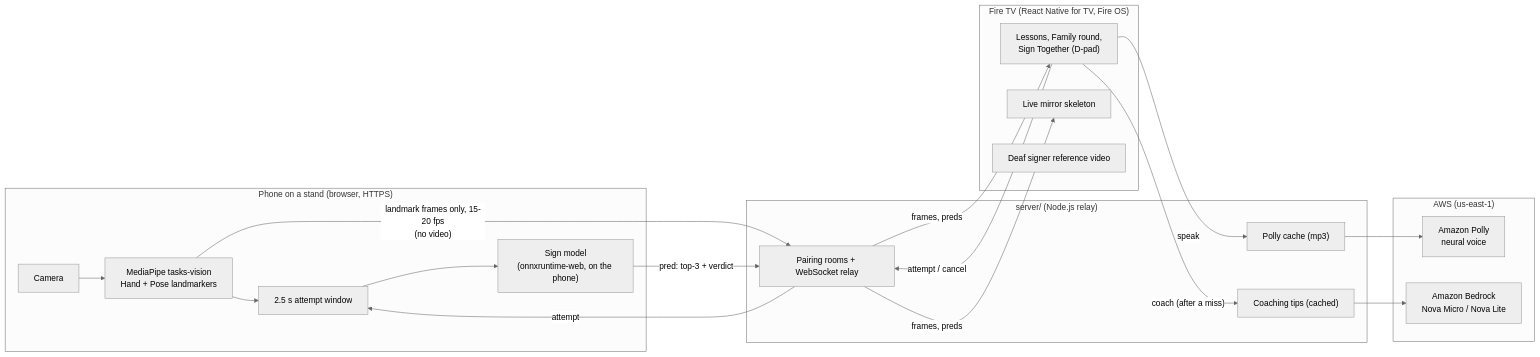
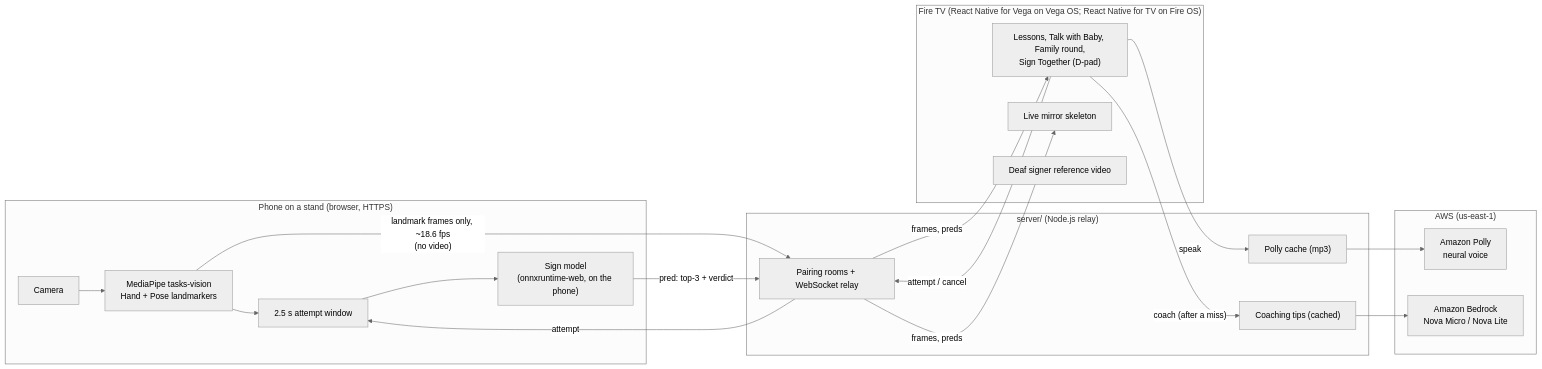
One commit to DanKam0001/first-signs changed the diagram in README.md. Above: the diagram before and after it, drawn with Mermaid (neutral theme). The commit also changed other lines of this file and 252 other files, not shown here.

````diff
--- a/README.md
+++ b/README.md
@@ -54,36 +66,36 @@
 ```mermaid
 flowchart LR
     subgraph Phone["Phone on a stand (browser, HTTPS)"]
         CAM["Camera"] --> MP["MediaPipe tasks-vision<br/>Hand + Pose landmarkers"]
         MP --> WIN["2.5 s attempt window"]
         WIN --> ONNX["Sign model<br/>(onnxruntime-web, on the phone)"]
     end
 
     subgraph Server["server/ (Node.js relay)"]
         RELAY["Pairing rooms + WebSocket relay"]
         TTS["Polly cache (mp3)"]
         COACH["Coaching tips (cached)"]
     end
 
     subgraph AWS["AWS (us-east-1)"]
         POLLY["Amazon Polly<br/>neural voice"]
         NOVA["Amazon Bedrock<br/>Nova Micro / Nova Lite"]
     end
 
-    subgraph TV["Fire TV (React Native for TV, Fire OS)"]
-        UI["Lessons, Family round,<br/>Sign Together (D-pad)"]
+    subgraph TV["Fire TV (React Native for Vega on Vega OS; React Native for TV on Fire OS)"]
+        UI["Lessons, Talk with Baby, Family round,<br/>Sign Together (D-pad)"]
         SKEL["Live mirror skeleton"]
         VID["Deaf signer reference video"]
     end
 
-    MP -- "landmark frames only, 15-20 fps<br/>(no video)" --> RELAY
+    MP -- "landmark frames only, ~18.6 fps<br/>(no video)" --> RELAY
     ONNX -- "pred: top-3 + verdict" --> RELAY
     RELAY -- "frames, preds" --> SKEL
     RELAY -- "frames, preds" --> UI
     UI -- "attempt / cancel" --> RELAY
     RELAY -- "attempt" --> WIN
     UI -- "speak" --> TTS
     TTS --> POLLY
     UI -- "coach (after a miss)" --> COACH
     COACH --> NOVA
 ```
````
